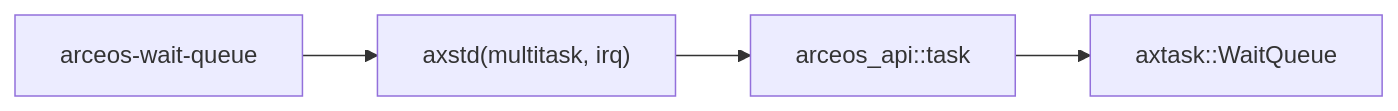
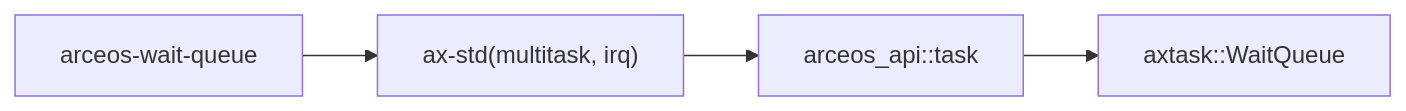
One commit to rcore-os/tgoskits changed the second of 2 diagrams in docs/crates/arceos-wait-queue.md. Above: the diagram before and after it, drawn with Mermaid. The commit also changed other lines of this file and 153 other files, not shown here.

Commit message:
rename axstd to ax-std

````diff
--- a/docs/crates/arceos-wait-queue.md
+++ b/docs/crates/arceos-wait-queue.md
@@ -76,6 +76,6 @@
 ```mermaid
 graph LR
-    test["arceos-wait-queue"] --> axstd["axstd(multitask, irq)"]
-    axstd --> arceos_api["arceos_api::task"]
+    test["arceos-wait-queue"] --> ax-std["ax-std(multitask, irq)"]
+    ax-std --> arceos_api["arceos_api::task"]
     arceos_api --> axtask["axtask::WaitQueue"]
 ```
````
